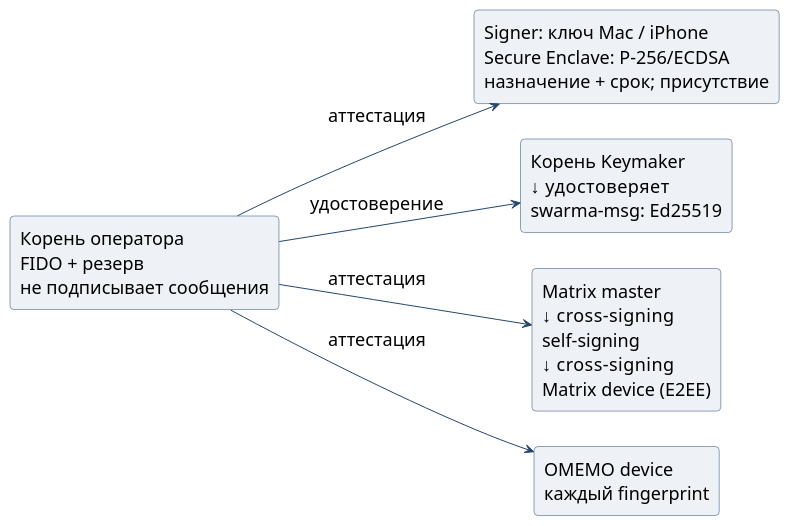
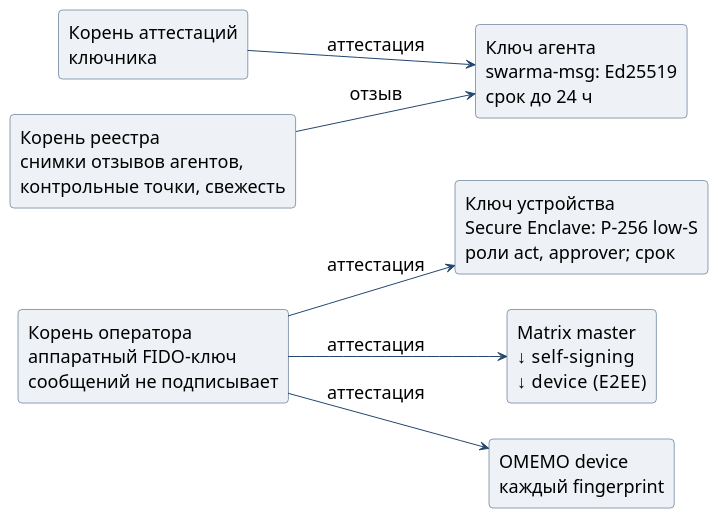
Before and after one commit to relux-works/swarma-docs: the diagram in editorial/notes/signing-auth/src/trust-chain.puml, drawn with PlantUML. The commit also changed 35 other files, not shown here.

```diff
--- a/editorial/notes/signing-auth/src/trust-chain.puml
+++ b/editorial/notes/signing-auth/src/trust-chain.puml
@@ -1,19 +1,22 @@
 @startuml
 left to right direction
 skinparam defaultFontName PT Sans
 skinparam defaultFontSize 18
 skinparam shadowing false
 skinparam roundcorner 8
 skinparam ArrowColor #23466e
 skinparam rectangleBackgroundColor #eef1f5
 skinparam rectangleBorderColor #23466e
-rectangle "Корень оператора\nFIDO + резерв\nне подписывает сообщения" as root
-rectangle "Signer: ключ Mac / iPhone\nSecure Enclave: P-256/ECDSA\nназначение + срок; присутствие" as signer
-rectangle "Корень Keymaker\n↓ удостоверяет\nswarma-msg: Ed25519" as km
-rectangle "Matrix master\n↓ cross-signing\nself-signing\n↓ cross-signing\nMatrix device (E2EE)" as master
+rectangle "Корень оператора\nаппаратный FIDO-ключ\nсообщений не подписывает" as root
+rectangle "Ключ устройства\nSecure Enclave: P-256 low-S\nроли act, approver; срок" as device
+rectangle "Matrix master\n↓ self-signing\n↓ device (E2EE)" as master
 rectangle "OMEMO device\nкаждый fingerprint" as xmpp
-root --> signer : аттестация
-root --> km : удостоверение
+rectangle "Корень аттестаций\nключника" as km
+rectangle "Ключ агента\nswarma-msg: Ed25519\nсрок до 24 ч" as agent
+rectangle "Корень реестра\nснимки отзывов агентов,\nконтрольные точки, свежесть" as registry
+root --> device : аттестация
 root --> master : аттестация
 root --> xmpp : аттестация
+km --> agent : аттестация
+registry --> agent : отзыв
 @enduml
```
